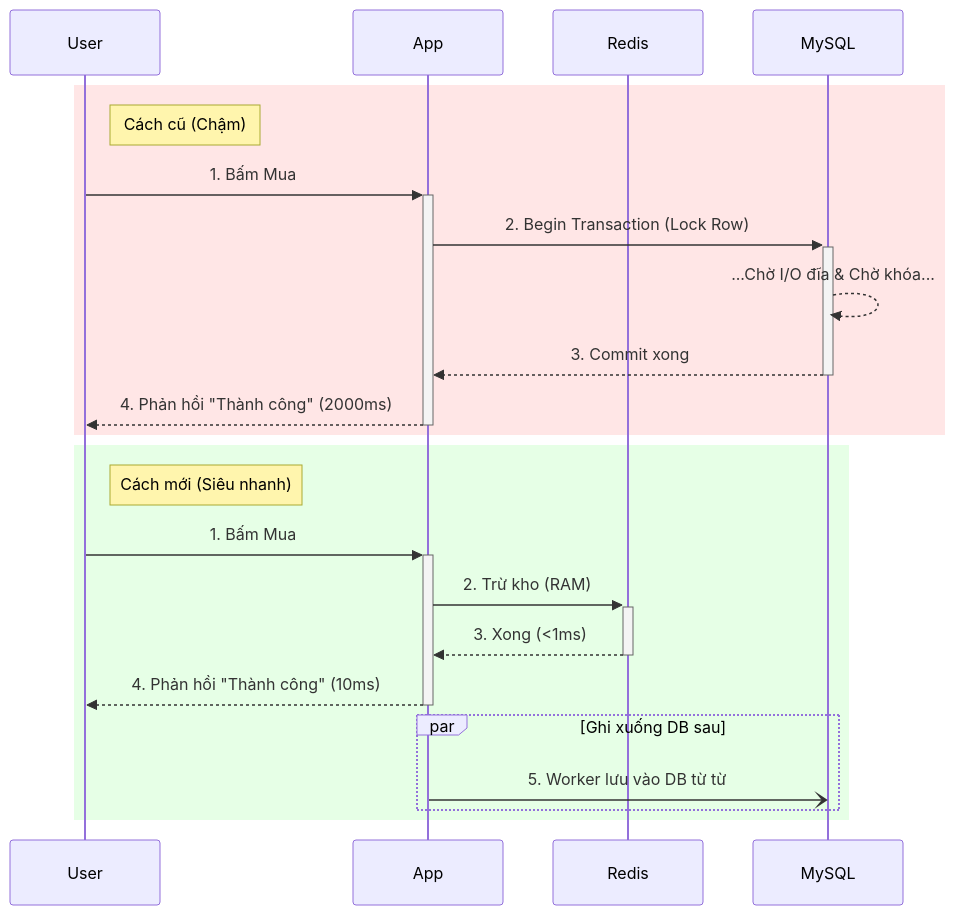
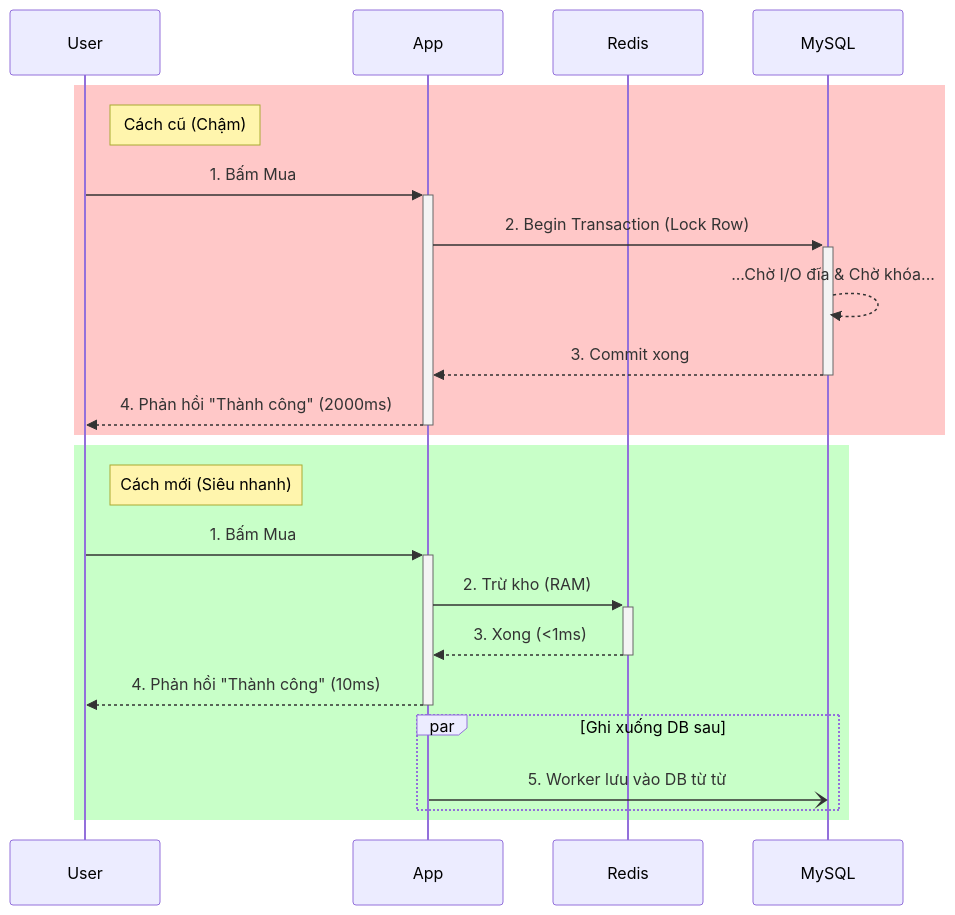
The third of 3 diagrams in README.md (ducthanhnguyen95/thanhnd_task2), drawn with Mermaid before and after one commit.

Commit message:
Update process diagram

````diff
--- a/README.md
+++ b/README.md
@@ -179,27 +179,27 @@
 ```mermaid
 sequenceDiagram
     participant User
     participant App
     participant Redis
     participant MySQL
     
-    rect rgb(255, 230, 230)
+    rect rgb(255, 200, 200)
         note right of User: Cách cũ (Chậm)
         User->>+App: 1. Bấm Mua
         App->>+MySQL: 2. Begin Transaction (Lock Row)
         MySQL-->>MySQL: ...Chờ I/O đĩa & Chờ khóa...
         MySQL-->>-App: 3. Commit xong
         App-->>-User: 4. Phản hồi "Thành công" (2000ms)
     end
     
-    rect rgb(230, 255, 230)
+    rect rgb(200, 255, 200)
         note right of User: Cách mới (Siêu nhanh)
         User->>+App: 1. Bấm Mua
         App->>+Redis: 2. Trừ kho (RAM)
         Redis-->>-App: 3. Xong (<1ms)
         App-->>-User: 4. Phản hồi "Thành công" (10ms)
         par Ghi xuống DB sau
             App-)MySQL: 5. Worker lưu vào DB từ từ
         end
     end
 ```
````
